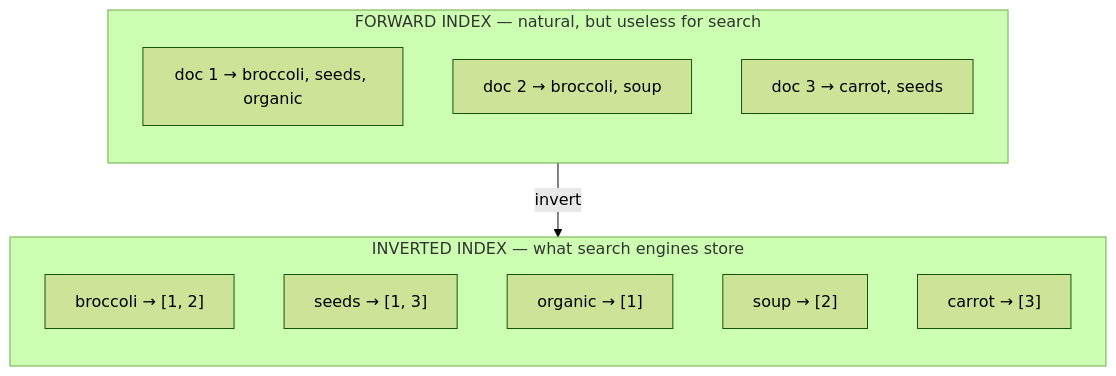
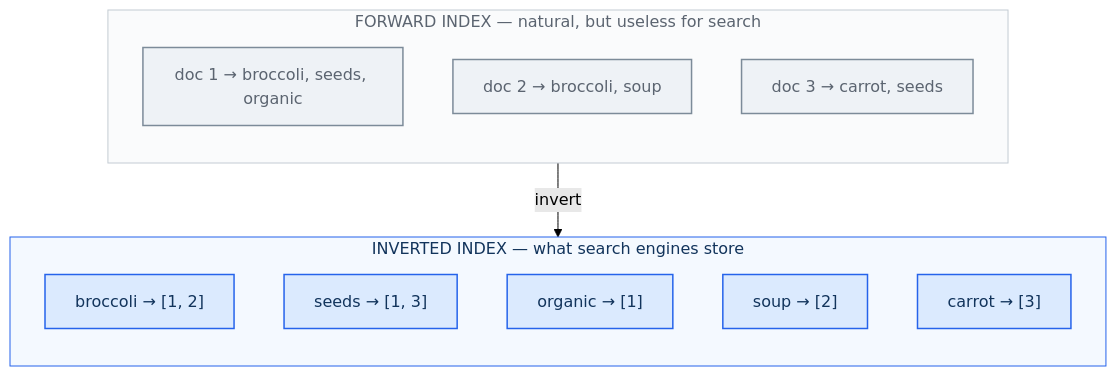
One commit to cosmos-dx/broccolisearch changed the second of 9 diagrams in BOOK.md. Above: the diagram before and after it, drawn with Mermaid (forest theme). The commit also changed other lines of this file and 4 other files, not shown here.

````diff
--- a/BOOK.md
+++ b/BOOK.md
@@ -510,18 +498,25 @@
 ```mermaid
 flowchart TB
     subgraph Forward["FORWARD INDEX — natural, but useless for search"]
         direction TB
         d1["doc 1 → broccoli, seeds, organic"]
         d2["doc 2 → broccoli, soup"]
         d3["doc 3 → carrot, seeds"]
     end
     Forward -->|"invert"| Inverted
     subgraph Inverted["INVERTED INDEX — what search engines store"]
         direction TB
         t1["broccoli → [1, 2]"]
         t2["seeds → [1, 3]"]
         t3["organic → [1]"]
         t4["soup → [2]"]
         t5["carrot → [3]"]
     end
+
+    classDef dead fill:#eef2f6,stroke:#7c8b99,stroke-width:1.5px,color:#5b6470
+    classDef lex  fill:#dbeafe,stroke:#2563eb,stroke-width:1.5px,color:#12345c
+    class d1,d2,d3 dead
+    class t1,t2,t3,t4,t5 lex
+    style Forward fill:#fafbfc,stroke:#c3cbd3,color:#5b6470
+    style Inverted fill:#f4f9ff,stroke:#2563eb,color:#12345c
 ```
````
